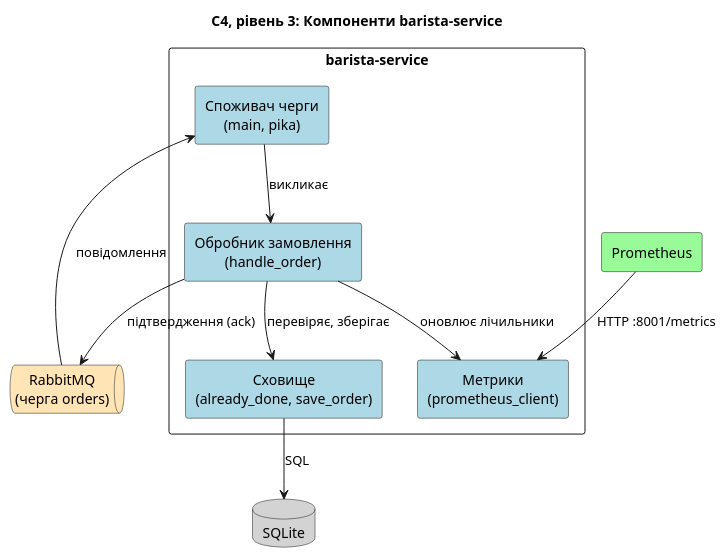
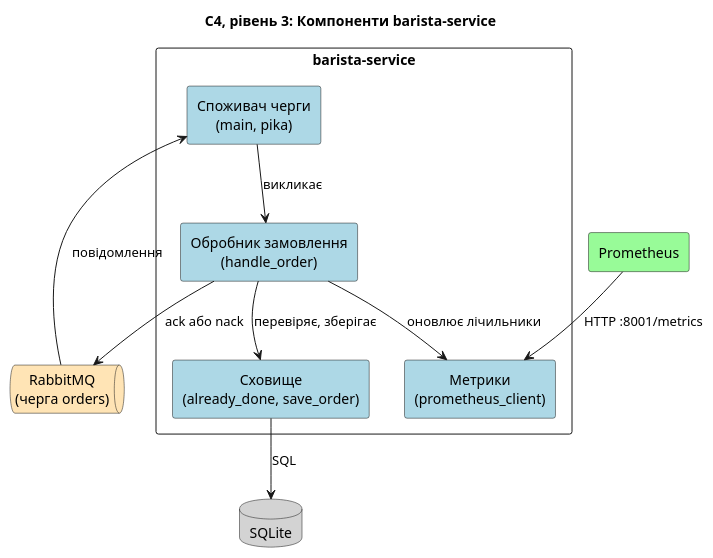
Before and after one commit to Kirrik1920/coffee-shop-information-system: the diagram in docs/diagrams/c4-3-component.puml, drawn with PlantUML. The commit also changed 21 other files, not shown here.

```diff
--- a/docs/diagrams/c4-3-component.puml
+++ b/docs/diagrams/c4-3-component.puml
@@ -1,24 +1,24 @@
 @startuml
 title C4, рівень 3: Компоненти barista-service
 skinparam defaultTextAlignment center
 skinparam shadowing false
 
 queue "RabbitMQ\n(черга orders)" as rabbit #Moccasin
 database "SQLite" as db #LightGray
 rectangle "Prometheus" as prom #PaleGreen
 
 rectangle "barista-service" {
   rectangle "Споживач черги\n(main, pika)" as consumer #LightBlue
   rectangle "Обробник замовлення\n(handle_order)" as handler #LightBlue
   rectangle "Сховище\n(already_done, save_order)" as storage #LightBlue
   rectangle "Метрики\n(prometheus_client)" as metrics #LightBlue
 }
 
 rabbit --> consumer : повідомлення
 consumer --> handler : викликає
 handler --> storage : перевіряє, зберігає
 storage --> db : SQL
 handler --> metrics : оновлює лічильники
 prom --> metrics : HTTP :8001/metrics
-handler --> rabbit : підтвердження (ack)
+handler --> rabbit : ack або nack
 @enduml
```
